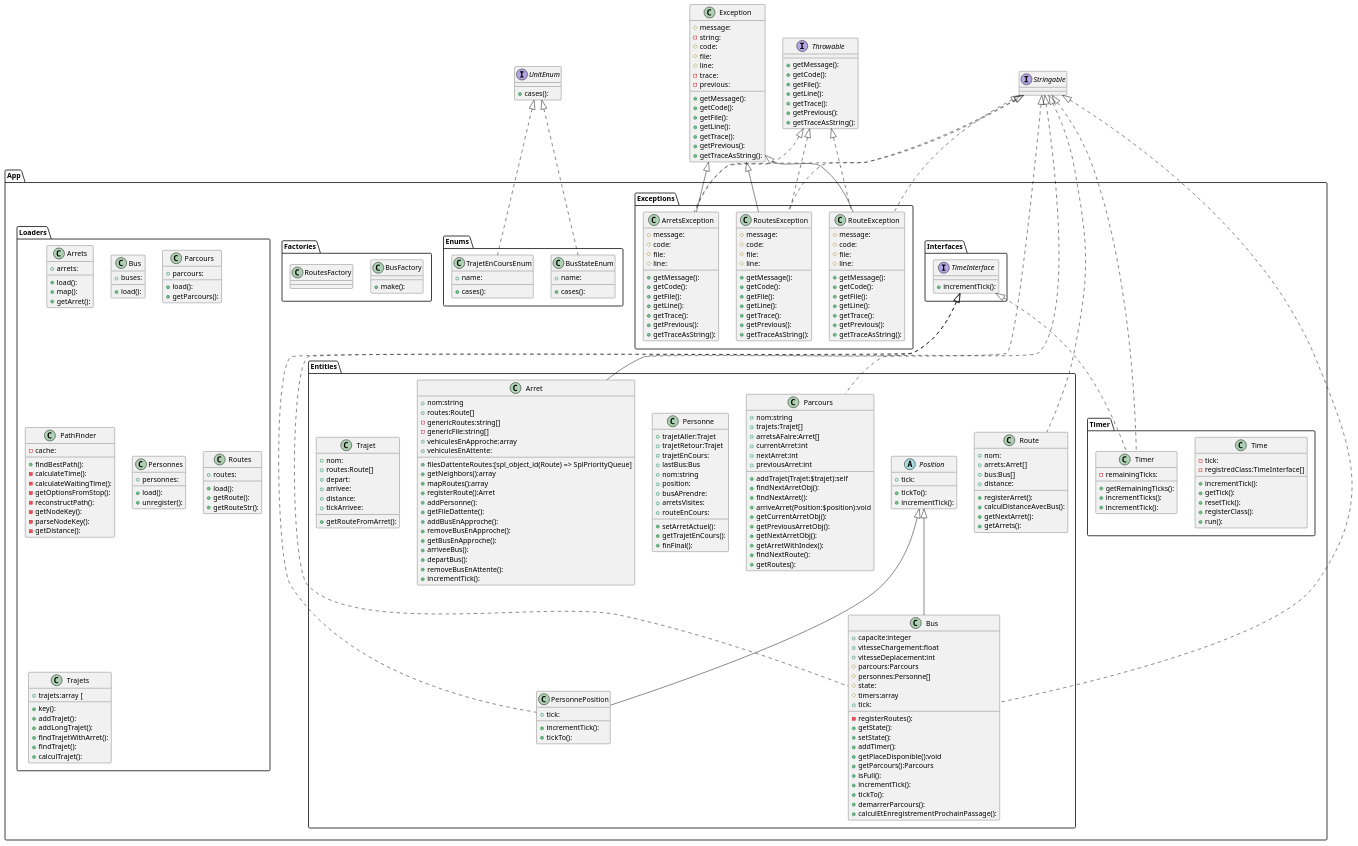
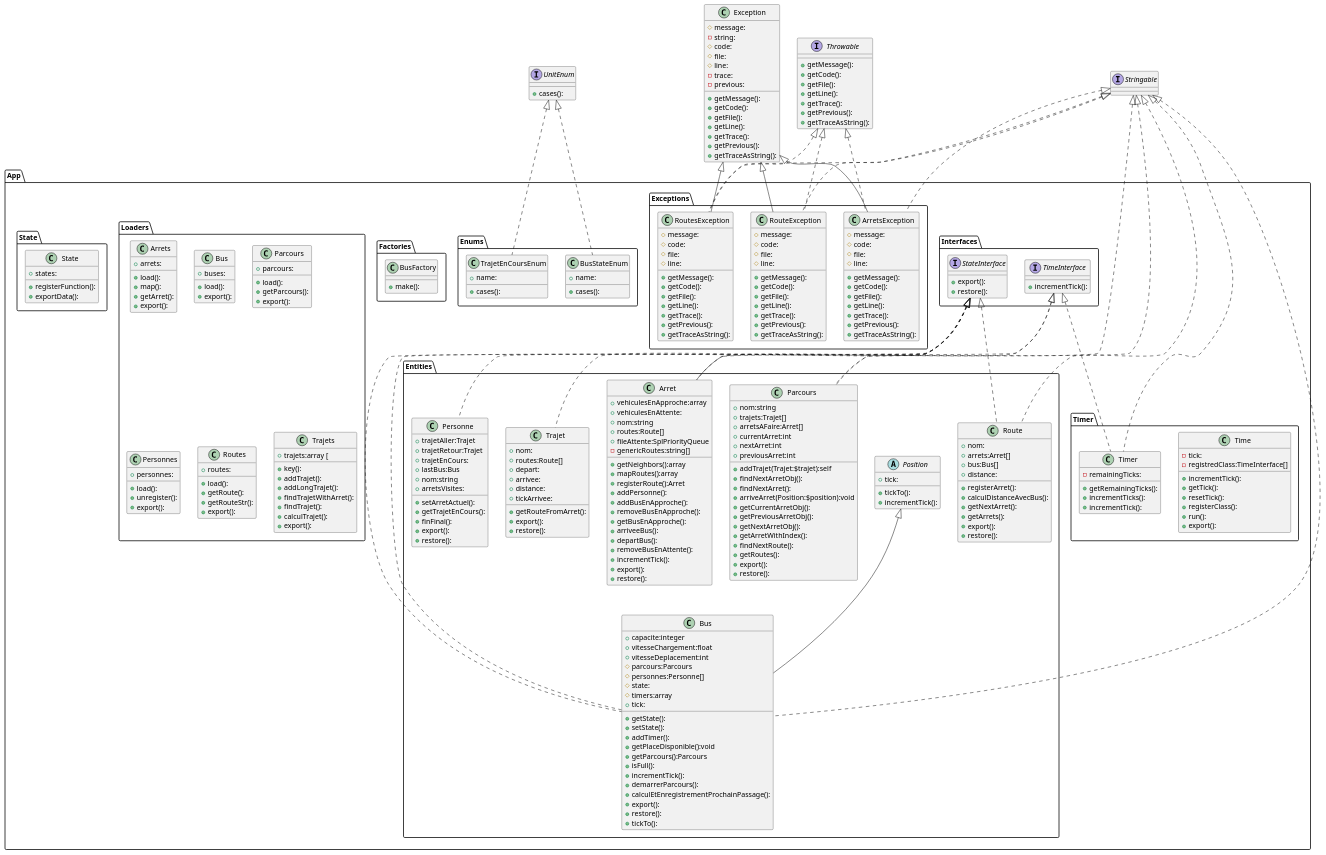
The diagram in Man/src/diagram.puml (QuentinBubu/MakeANetwork), drawn with PlantUML before and after one commit. The commit also changed 9 other files, not shown here.

```diff
--- a/Man/src/diagram.puml
+++ b/Man/src/diagram.puml
@@ -3,6 +3,12 @@
 interface App.Interfaces.TimeInterface
 {
 +incrementTick():
+
+}
+interface App.Interfaces.StateInterface
+{
++export():
++restore():
 
 }
 interface Stringable
@@ -11,18 +17,16 @@
 }
 class App.Entities.Arret
 {
++vehiculesEnApproche:array
++vehiculesEnAttente:
 +nom:string
 +routes:Route[]
-+filesDattenteRoutes:[spl_object_id(Route) => SplPriorityQueue]
++fileAttente:SplPriorityQueue
 -genericRoutes:string[]
--genericFile:string[]
-+vehiculesEnApproche:array
-+vehiculesEnAttente:
 +getNeighbors():array
 +mapRoutes():array
 +registerRoute():Arret
 +addPersonne():
-+getFileDattente():
 +addBusEnApproche():
 +removeBusEnApproche():
 +getBusEnApproche():
@@ -30,6 +34,8 @@
 +departBus():
 +removeBusEnAttente():
 +incrementTick():
++export():
++restore():
 
 }
 abstract class App.Entities.Position
@@ -49,7 +55,6 @@
 #state:
 #timers:array
 +tick:
--registerRoutes():
 +getState():
 +setState():
 +addTimer():
@@ -57,9 +62,11 @@
 +getParcours():Parcours
 +isFull():
 +incrementTick():
-+tickTo():
 +demarrerParcours():
 +calculEtEnregistrementProchainPassage():
++export():
++restore():
++tickTo():
 
 }
 class App.Entities.Parcours
@@ -80,6 +87,8 @@
 +getArretWithIndex():
 +findNextRoute():
 +getRoutes():
++export():
++restore():
 
 }
 class App.Entities.Personne
@@ -89,20 +98,12 @@
 +trajetEnCours:
 +lastBus:Bus
 +nom:string
-+position:
-+busAPrendre:
 +arretsVisites:
-+routeEnCours:
 +setArretActuel():
 +getTrajetEnCours():
 +finFinal():
-
-}
-class App.Entities.PersonnePosition
-{
-+tick:
-+incrementTick():
-+tickTo():
++export():
++restore():
 
 }
 class App.Entities.Route
@@ -115,6 +116,8 @@
 +calculDistanceAvecBus():
 +getNextArret():
 +getArrets():
++export():
++restore():
 
 }
 class App.Entities.Trajet
@@ -126,6 +129,8 @@
 +distance:
 +tickArrivee:
 +getRouteFromArret():
++export():
++restore():
 
 }
 interface UnitEnum
@@ -224,22 +229,20 @@
 +make():
 
 }
-class App.Factories.RoutesFactory
-{
-
-}
 class App.Loaders.Arrets
 {
 +arrets:
 +load():
 +map():
 +getArret():
++export():
 
 }
 class App.Loaders.Bus
 {
 +buses:
 +load():
++export():
 
 }
 class App.Loaders.Parcours
@@ -247,19 +250,7 @@
 +parcours:
 +load():
 +getParcours():
-
-}
-class App.Loaders.PathFinder
-{
--cache:
-+findBestPath():
--calculateTime():
--calculateWaitingTime():
--getOptionsFromStop():
--reconstructPath():
--getNodeKey():
--parseNodeKey():
--getDistance():
++export():
 
 }
 class App.Loaders.Personnes
@@ -267,6 +258,7 @@
 +personnes:
 +load():
 +unregister():
++export():
 
 }
 class App.Loaders.Routes
@@ -275,6 +267,7 @@
 +load():
 +getRoute():
 +getRouteStr():
++export():
 
 }
 class App.Loaders.Trajets
@@ -286,6 +279,14 @@
 +findTrajetWithArret():
 +findTrajet():
 +calculTrajet():
++export():
+
+}
+class App.State.State
+{
++states:
++registerFunction():
++exportData():
 
 }
 class App.Timer.Time
@@ -297,6 +298,7 @@
 +resetTick():
 +registerClass():
 +run():
++export():
 
 }
 class App.Timer.Timer
@@ -309,22 +311,26 @@
 }
 
 
+
 class App.Entities.Arret implements App.Interfaces.TimeInterface
+class App.Entities.Arret implements App.Interfaces.StateInterface
 class App.Entities.Arret implements Stringable
 
 
 class App.Entities.Bus extends App.Entities.Position
 class App.Entities.Bus implements App.Interfaces.TimeInterface
+class App.Entities.Bus implements App.Interfaces.StateInterface
 class App.Entities.Bus implements Stringable
 
+class App.Entities.Parcours implements App.Interfaces.StateInterface
 class App.Entities.Parcours implements Stringable
 
+class App.Entities.Personne implements App.Interfaces.StateInterface
 
-class App.Entities.PersonnePosition extends App.Entities.Position
-class App.Entities.PersonnePosition implements App.Interfaces.TimeInterface
-
+class App.Entities.Route implements App.Interfaces.StateInterface
 class App.Entities.Route implements Stringable
 
+class App.Entities.Trajet implements App.Interfaces.StateInterface
 
 
 class App.Enums.BusStateEnum implements UnitEnum
@@ -354,7 +360,6 @@
 
 
 
-
 class App.Timer.Timer implements App.Interfaces.TimeInterface
 class App.Timer.Timer implements Stringable
 
```
